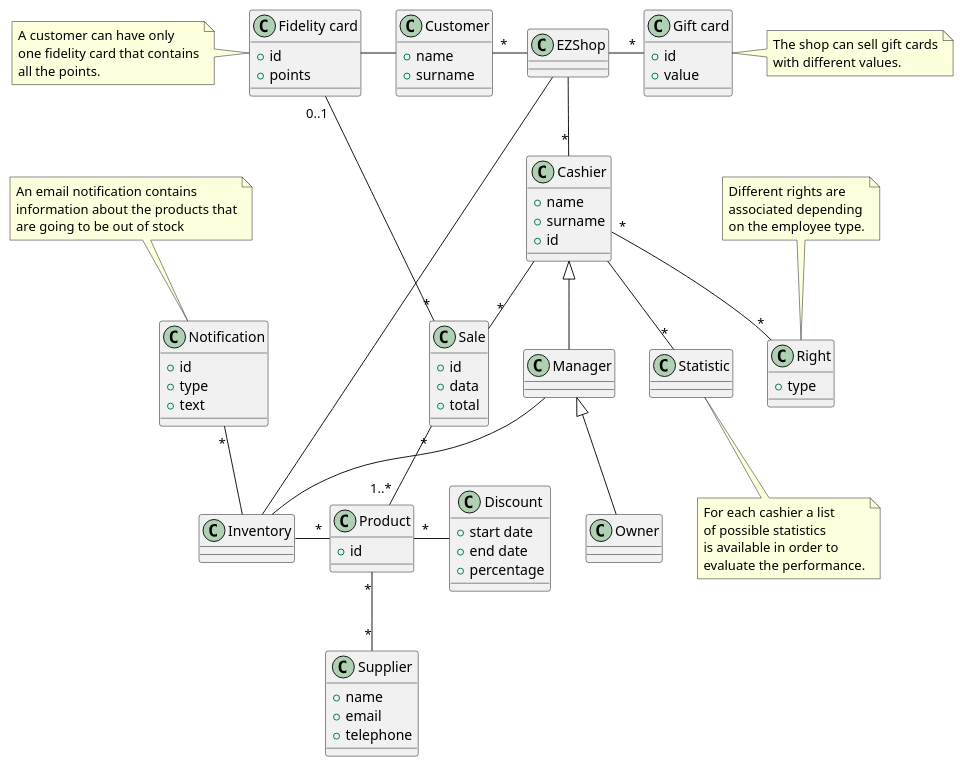
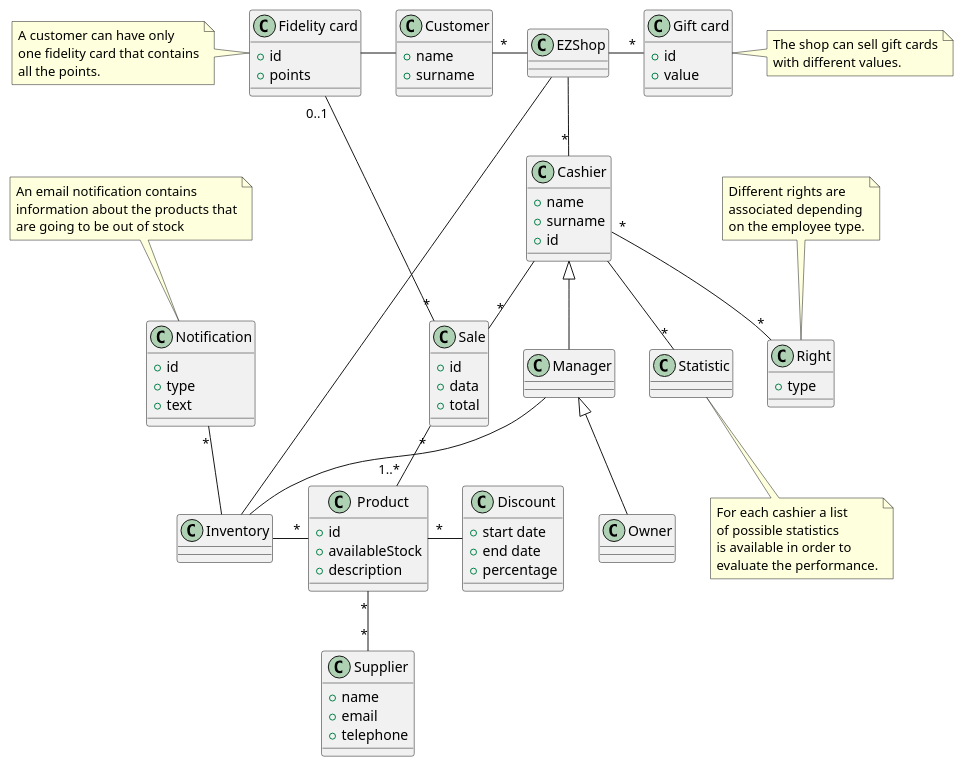
The third of 5 diagrams in Deliverables/RequirementsDocument.md (MatteoBattilana/EzShop), drawn with PlantUML before and after one commit.

Commit message:
docs: added availableStock and description to Product in the UCD

````diff
--- a/Deliverables/RequirementsDocument.md
+++ b/Deliverables/RequirementsDocument.md
@@ -598,78 +598,80 @@
 ```plantuml
 @startuml
 class Cashier {
 	+ name
 	+ surname
 	+ id
 }
 class Right {
 	+ type
 }
 class Discount {
 	+ start date
 	+ end date
 	+ percentage
 }
 class "Product" {
 	+ id
+	+ availableStock
+	+ description
 }
 class Notification {
 	+ id
 	+ type
 	+ text
 }
 class "Gift card" {
 	+ id
 	+ value
 }
 
 class Customer {
 	+ name
 	+ surname
 }
 
 class "Fidelity card" {
 	+ id
 	+ points
 }
 
 class Sale {
 	+ id
 	+ data
 	+ total
 }
 
 class Supplier {
 	+ name
 	+ email
 	+ telephone
 }
 
 EZShop -- "*" Cashier
 Manager -up-|> Cashier
 Owner -up-|> Manager
 Cashier "*"-- "*" Right
 Cashier -down- "*" Statistic
 EZShop -right- "*" "Gift card"
 
 EZShop -- Inventory
 Inventory -up- "*" Notification
 Inventory -right- "*" Product
 Product "*" -right- Discount
 Supplier "*" -up- "*" Product
 EZShop -left- "*" Customer
 Customer -left- "Fidelity card"
 Manager -- Inventory
 
 Cashier -- "*" Sale
 Sale "*" -- "1..*" Product
 "Fidelity card" "0..1" -- "*" Sale
 
 note left of "Fidelity card" : A customer can have only\none fidelity card that contains\nall the points.
 note right of "Gift card" : The shop can sell gift cards\nwith different values.
 note top of Notification : An email notification contains \ninformation about the products that\nare going to be out of stock
 note top of Right : Different rights are\nassociated depending\non the employee type.
 note bottom of Statistic : For each cashier a list\nof possible statistics\nis available in order to\nevaluate the performance.
 
 @enduml
 ```
````
